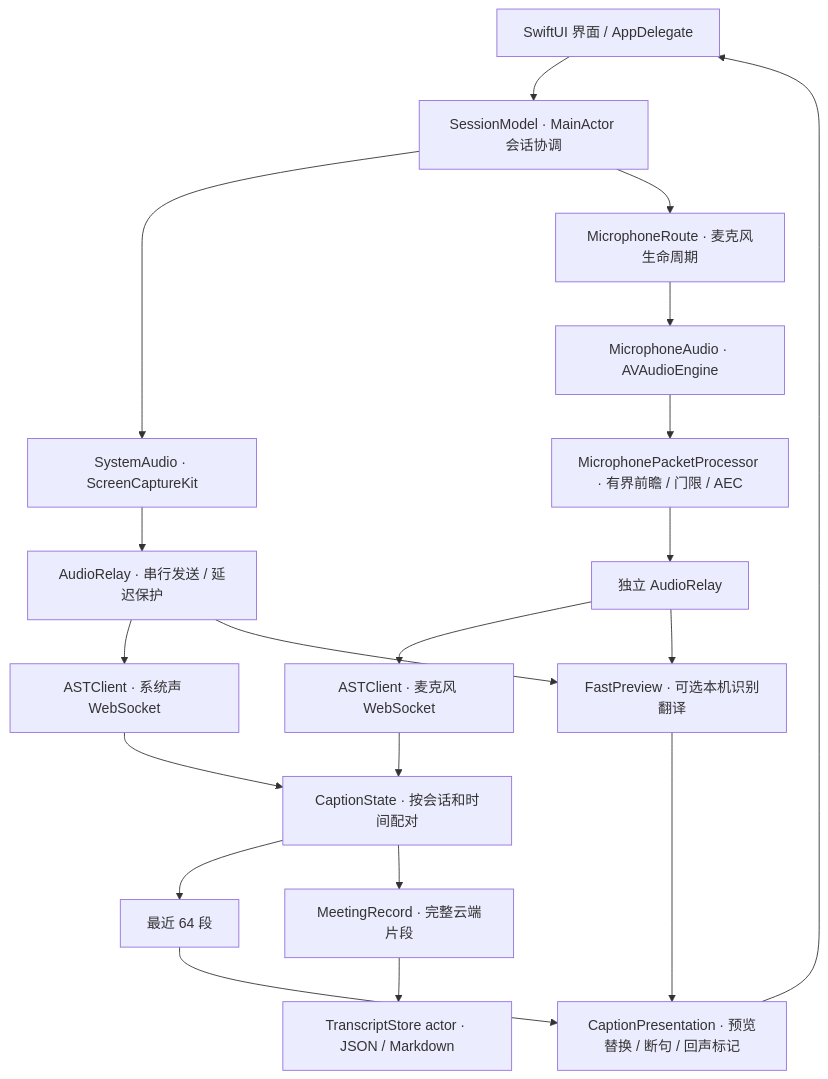
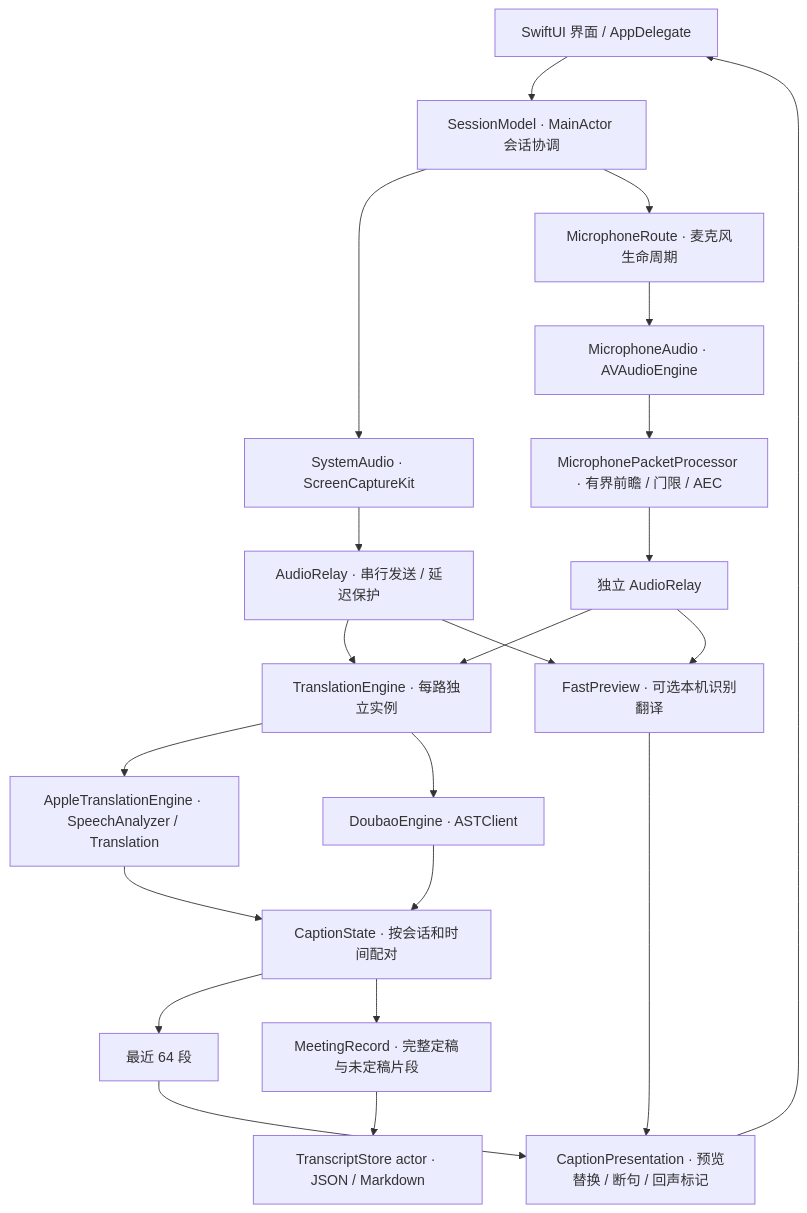
Before and after one commit to jinhan261/talkfloat: the diagram in docs/architecture.md, drawn with Mermaid. The commit also changed other lines of this file and 24 other files, not shown here.

````diff
--- a/docs/architecture.md
+++ b/docs/architecture.md
@@ -5,22 +5,24 @@
 ```mermaid
 flowchart TD
     UI[SwiftUI 界面 / AppDelegate] --> Session[SessionModel · MainActor 会话协调]
     System[SystemAudio · ScreenCaptureKit] --> Relay[AudioRelay · 串行发送 / 延迟保护]
     Mic[MicrophoneAudio · AVAudioEngine] --> Processor[MicrophonePacketProcessor · 有界前瞻 / 门限 / AEC]
     Processor --> MicRelay[独立 AudioRelay]
-    Relay --> AST[ASTClient · 系统声 WebSocket]
-    MicRelay --> MicAST[ASTClient · 麦克风 WebSocket]
+    Relay --> Engine[TranslationEngine · 每路独立实例]
+    MicRelay --> Engine
+    Engine --> Local[AppleTranslationEngine · SpeechAnalyzer / Translation]
+    Engine --> AST[DoubaoEngine · ASTClient]
     Session --> System
     Session --> Route[MicrophoneRoute · 麦克风生命周期]
     Route --> Mic
     AST --> State[CaptionState · 按会话和时间配对]
-    MicAST --> State
+    Local --> State
     State --> Recent[最近 64 段]
     Recent --> Presentation[CaptionPresentation · 预览替换 / 断句 / 回声标记]
     Presentation --> UI
-    State --> Record[MeetingRecord · 完整云端片段]
+    State --> Record[MeetingRecord · 完整定稿与未定稿片段]
     Record --> Store[TranscriptStore actor · JSON / Markdown]
     Relay --> Preview[FastPreview · 可选本机识别翻译]
     MicRelay --> Preview
     Preview --> Presentation
 ```
````
